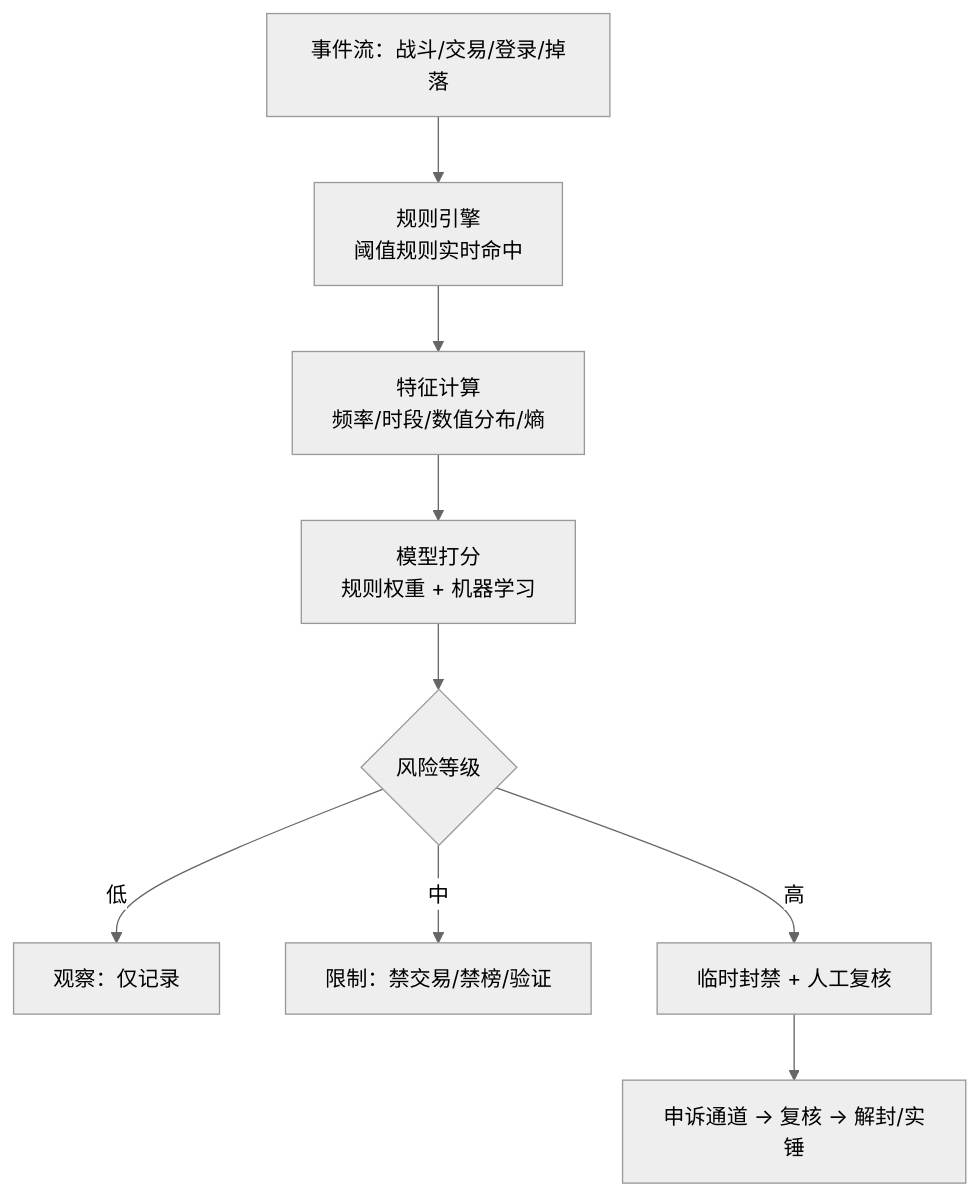
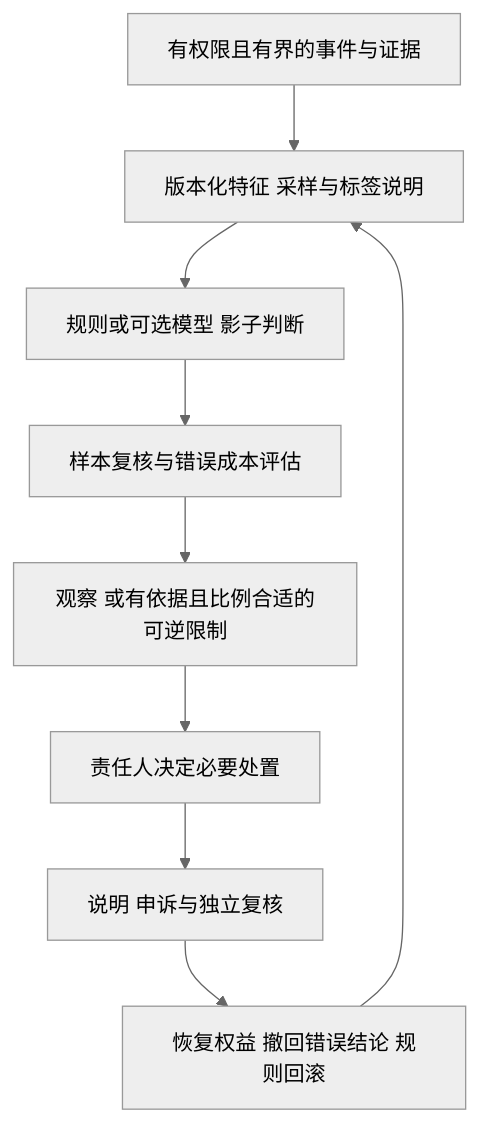
Before and after one commit to fantuan812/learning: the fourth of 4 diagrams in 知识/07-网络与游戏服务端/会话身份与在线服务/04-安全与反作弊.md, drawn with Mermaid (neutral theme). The commit also changed other lines of this file and 1 other file, not shown here.

````diff
--- a/知识/07-网络与游戏服务端/会话身份与在线服务/04-安全与反作弊.md
+++ b/知识/07-网络与游戏服务端/会话身份与在线服务/04-安全与反作弊.md
@@ -177,11 +331,11 @@
 ```mermaid
 flowchart TD
-    E[事件流：战斗/交易/登录/掉落] --> A[规则引擎<br/>阈值规则实时命中]
-    A --> B[特征计算<br/>频率/时段/数值分布/熵]
-    B --> C[模型打分<br/>规则权重 + 机器学习]
-    C --> D{风险等级}
-    D -->|低| O1[观察：仅记录]
-    D -->|中| O2[限制：禁交易/禁榜/验证]
-    D -->|高| O3[临时封禁 + 人工复核]
-    O3 --> R[申诉通道 → 复核 → 解封/实锤]
+    E[有权限且有界的事件与证据] --> F[版本化特征 采样与标签说明]
+    F --> M[规则或可选模型 影子判断]
+    M --> R[样本复核与错误成本评估]
+    R --> O[观察 或有依据且比例合适的可逆限制]
+    O --> D[责任人决定必要处置]
+    D --> A[说明 申诉与独立复核]
+    A --> B[恢复权益 撤回错误结论 规则回滚]
+    B --> F
 ```
````
